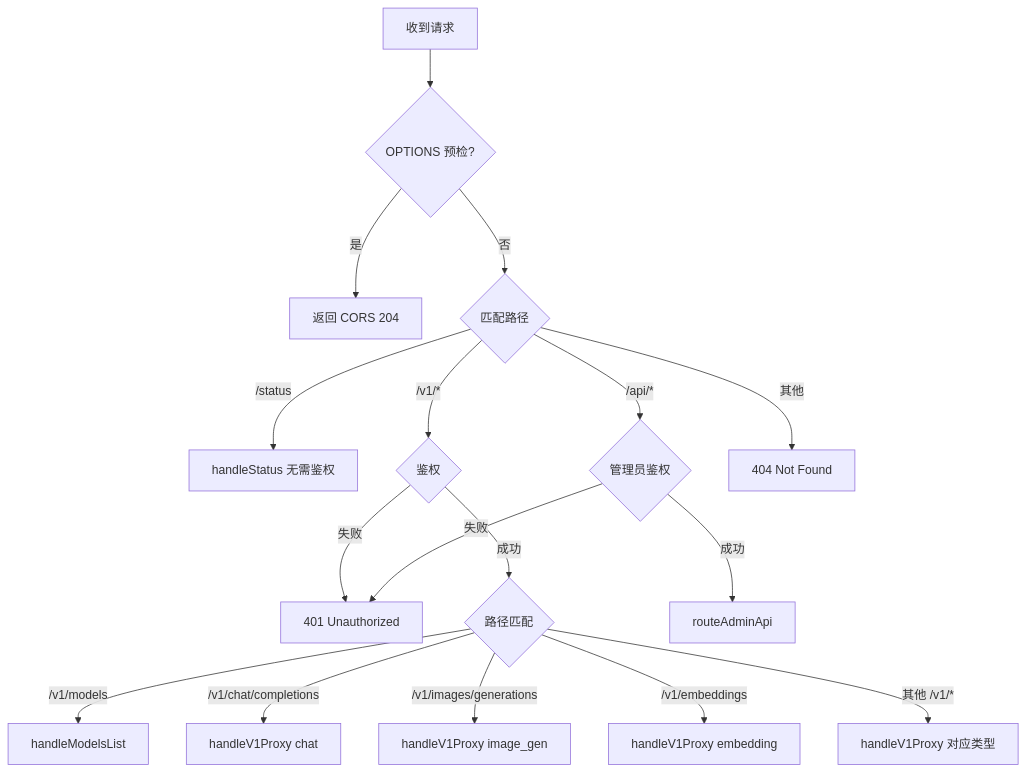
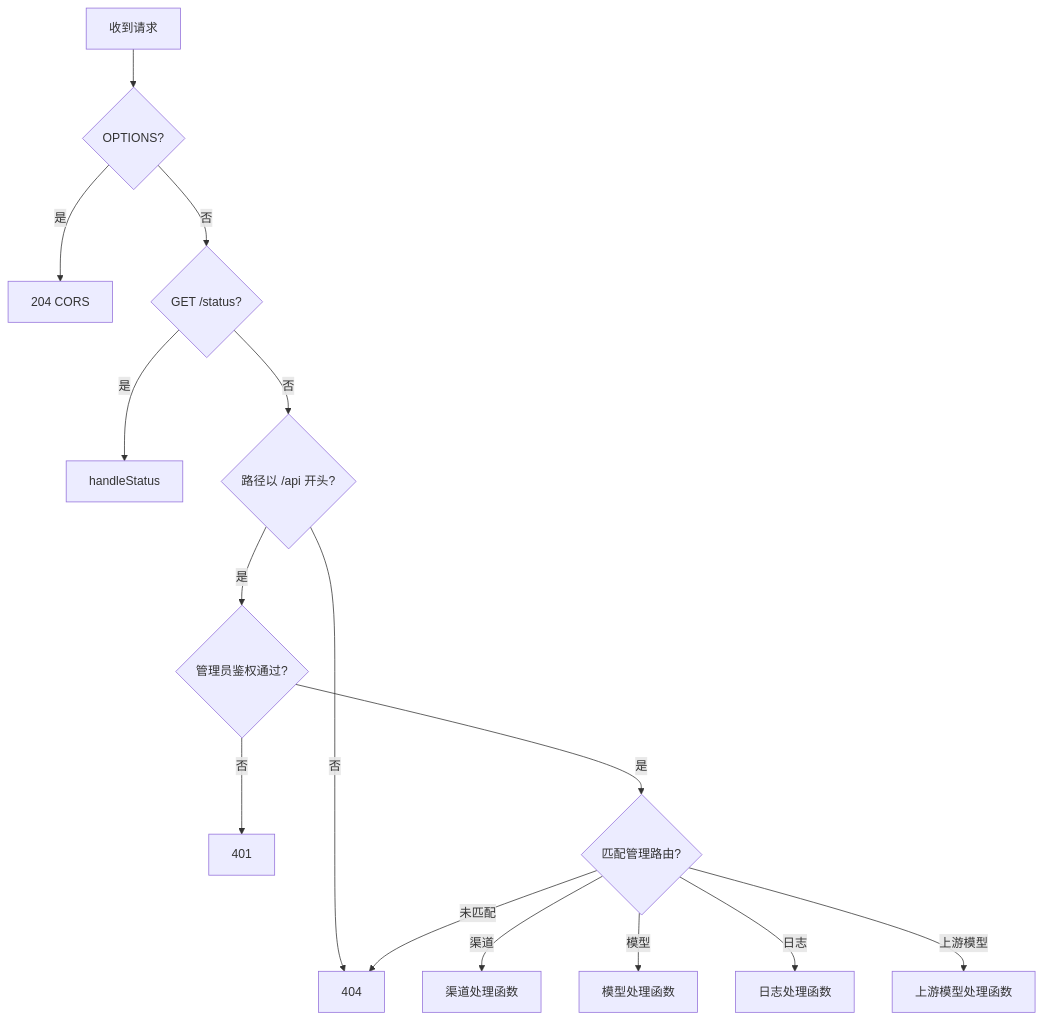
One commit to excing/open-ai-gateway changed the fifth of 5 diagrams in DEVELOPMENT.md. Above: the diagram before and after it, drawn with Mermaid. The commit also changed other lines of this file and 11 other files, not shown here.

````diff
--- a/DEVELOPMENT.md
+++ b/DEVELOPMENT.md
@@ -2188,19 +128,17 @@
 ```mermaid
 flowchart TD
-    A[收到请求] --> B{OPTIONS 预检?}
-    B -->|是| C[返回 CORS 204]
-    B -->|否| D{匹配路径}
-    D -->|/status| E[handleStatus 无需鉴权]
-    D -->|/v1/*| F{鉴权}
-    D -->|/api/*| G{管理员鉴权}
-    D -->|其他| H[404 Not Found]
-    F -->|失败| I[401 Unauthorized]
-    F -->|成功| J{路径匹配}
-    J -->|/v1/models| K[handleModelsList]
-    J -->|/v1/chat/completions| L[handleV1Proxy chat]
-    J -->|/v1/images/generations| M[handleV1Proxy image_gen]
-    J -->|/v1/embeddings| N[handleV1Proxy embedding]
-    J -->|其他 /v1/*| O[handleV1Proxy 对应类型]
-    G -->|失败| I
-    G -->|成功| P[routeAdminApi]
+    A[收到请求] --> B{OPTIONS?}
+    B -->|是| C[204 CORS]
+    B -->|否| D{GET /status?}
+    D -->|是| E[handleStatus]
+    D -->|否| F{路径以 /api 开头?}
+    F -->|否| Z[404]
+    F -->|是| G{管理员鉴权通过?}
+    G -->|否| H[401]
+    G -->|是| I{匹配管理路由?}
+    I -->|渠道| J[渠道处理函数]
+    I -->|模型| K[模型处理函数]
+    I -->|日志| L[日志处理函数]
+    I -->|上游模型| M[上游模型处理函数]
+    I -->|未匹配| Z
 ```
````
